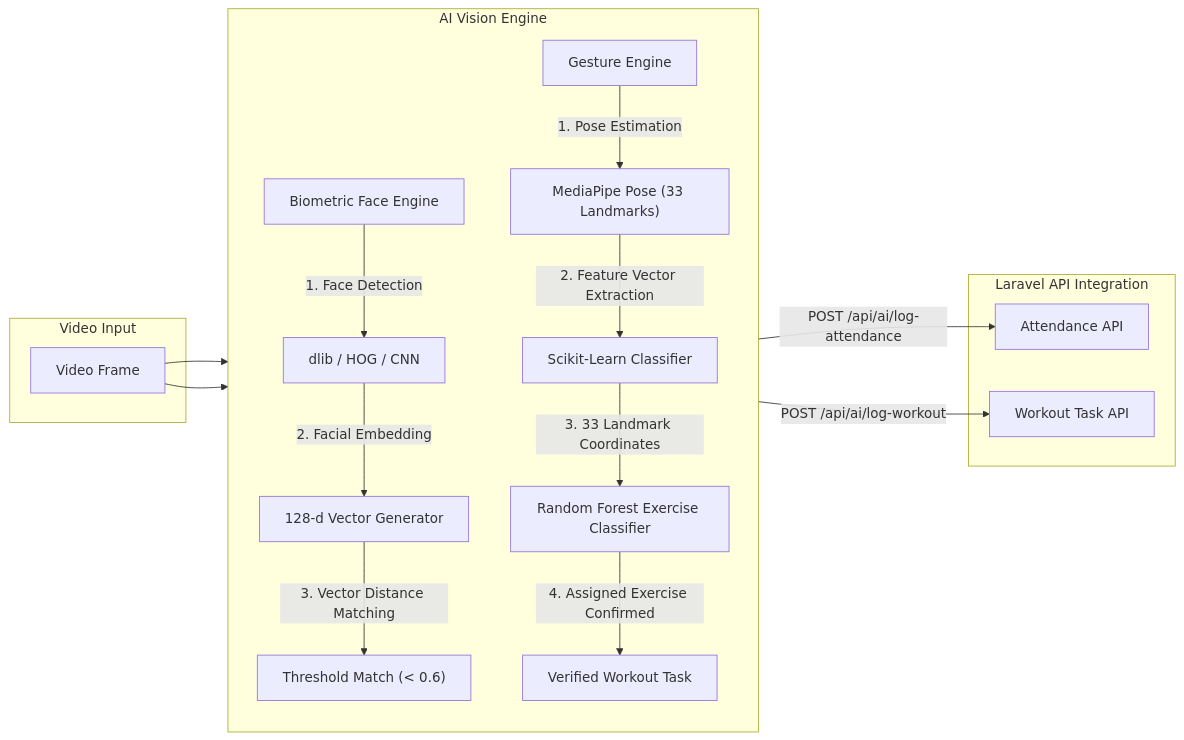
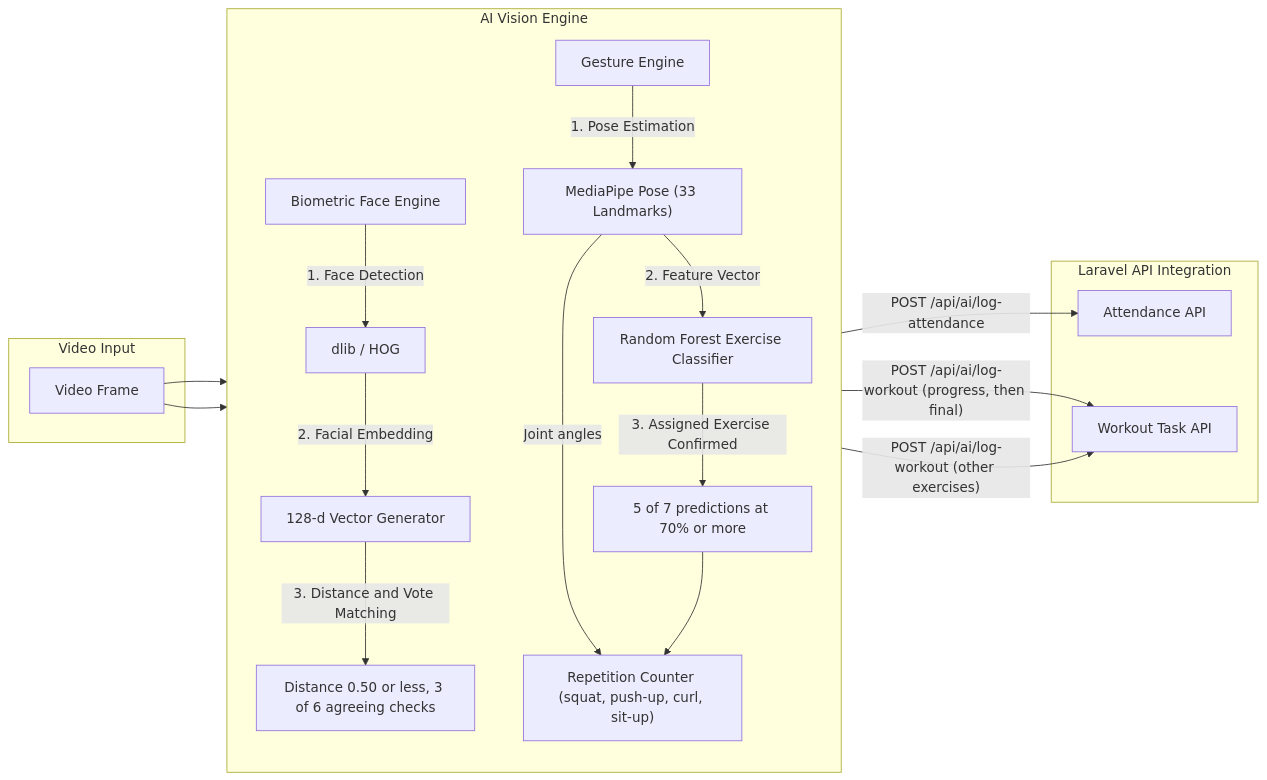
One commit to Plonteras191/GYM2-CAPSTONE changed the second of 6 diagrams in DOCUMENTATION/Product Requirements Documents/Architecture/Architecture.md. Above: the diagram before and after it, drawn with Mermaid. The commit also changed other lines of this file and 3 other files, not shown here.

First line of the commit message:
docs(prd): update architecture, database, system diagrams and user technical documentation to v2.0

````diff
--- a/DOCUMENTATION/Product Requirements Documents/Architecture/Architecture.md
+++ b/DOCUMENTATION/Product Requirements Documents/Architecture/Architecture.md
@@ -126,29 +130,31 @@
 ```mermaid
 flowchart LR
     subgraph Video_Input ["Video Input"]
         FRAME["Video Frame"]
     end
 
     subgraph AI_Processing ["AI Vision Engine"]
         direction TB
         FACE_ENGINE["Biometric Face Engine"]
         GESTURE_ENGINE["Gesture Engine"]
-        
+
         FRAME --> FACE_ENGINE
         FRAME --> GESTURE_ENGINE
-        
-        FACE_ENGINE -->|1. Face Detection| FD["dlib / HOG / CNN"]
+
+        FACE_ENGINE -->|1. Face Detection| FD["dlib / HOG"]
         FD -->|2. Facial Embedding| FE["128-d Vector Generator"]
-        FE -->|3. Vector Distance Matching| FM["Threshold Match (< 0.6)"]
-        
+        FE -->|3. Distance and Vote Matching| FM["Distance 0.50 or less, 3 of 6 agreeing checks"]
+
         GESTURE_ENGINE -->|1. Pose Estimation| MP["MediaPipe Pose (33 Landmarks)"]
-        MP -->|2. Feature Vector Extraction| SK["Scikit-Learn Classifier"]
-        SK -->|3. 33 Landmark Coordinates| SM["Random Forest Exercise Classifier"]
-        SM -->|4. Assigned Exercise Confirmed| RC["Verified Workout Task"]
+        MP -->|2. Feature Vector| SK["Random Forest Exercise Classifier"]
+        SK -->|3. Assigned Exercise Confirmed| RC["5 of 7 predictions at 70% or more"]
+        MP -->|Joint angles| CNT["Repetition Counter (squat, push-up, curl, sit-up)"]
+        RC --> CNT
     end
 
     subgraph Backend_Bridge ["Laravel API Integration"]
         FM -->|POST /api/ai/log-attendance| ATTENDANCE_API["Attendance API"]
-        RC -->|POST /api/ai/log-workout| WORKOUT_API["Workout Task API"]
+        CNT -->|"POST /api/ai/log-workout (progress, then final)"| WORKOUT_API["Workout Task API"]
+        RC -->|"POST /api/ai/log-workout (other exercises)"| WORKOUT_API
     end
 ```
````
